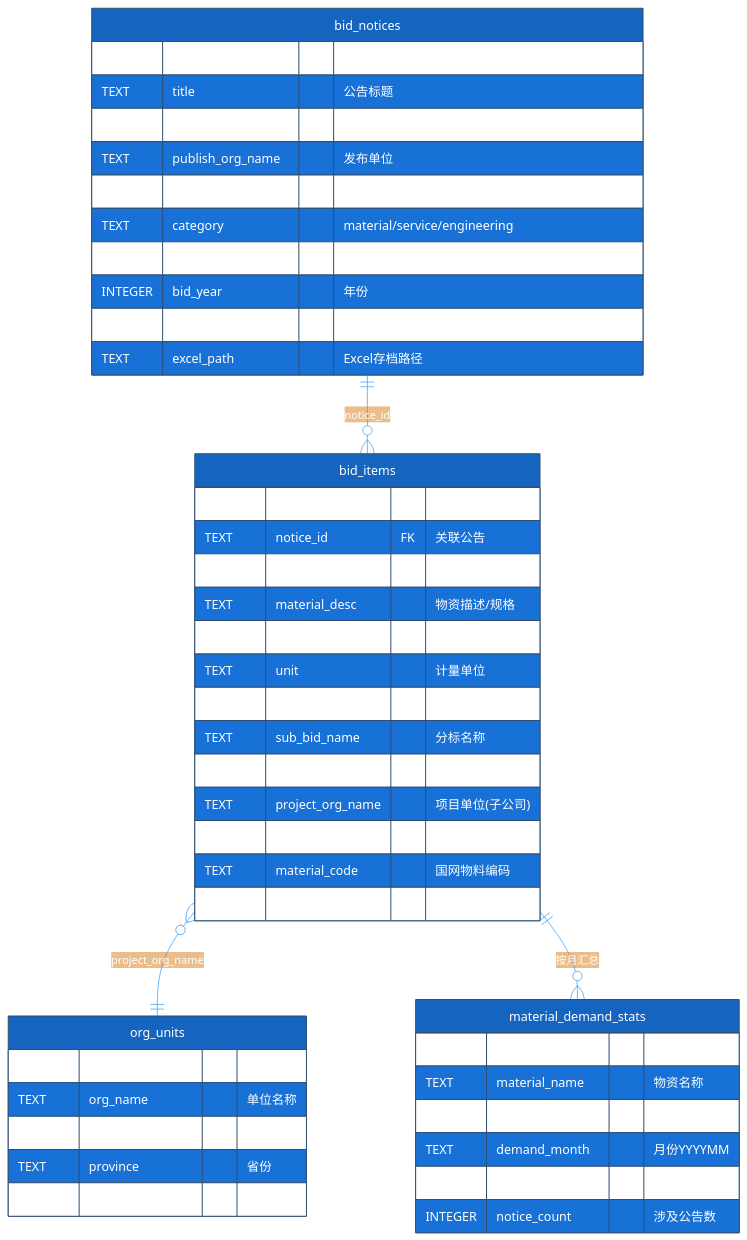
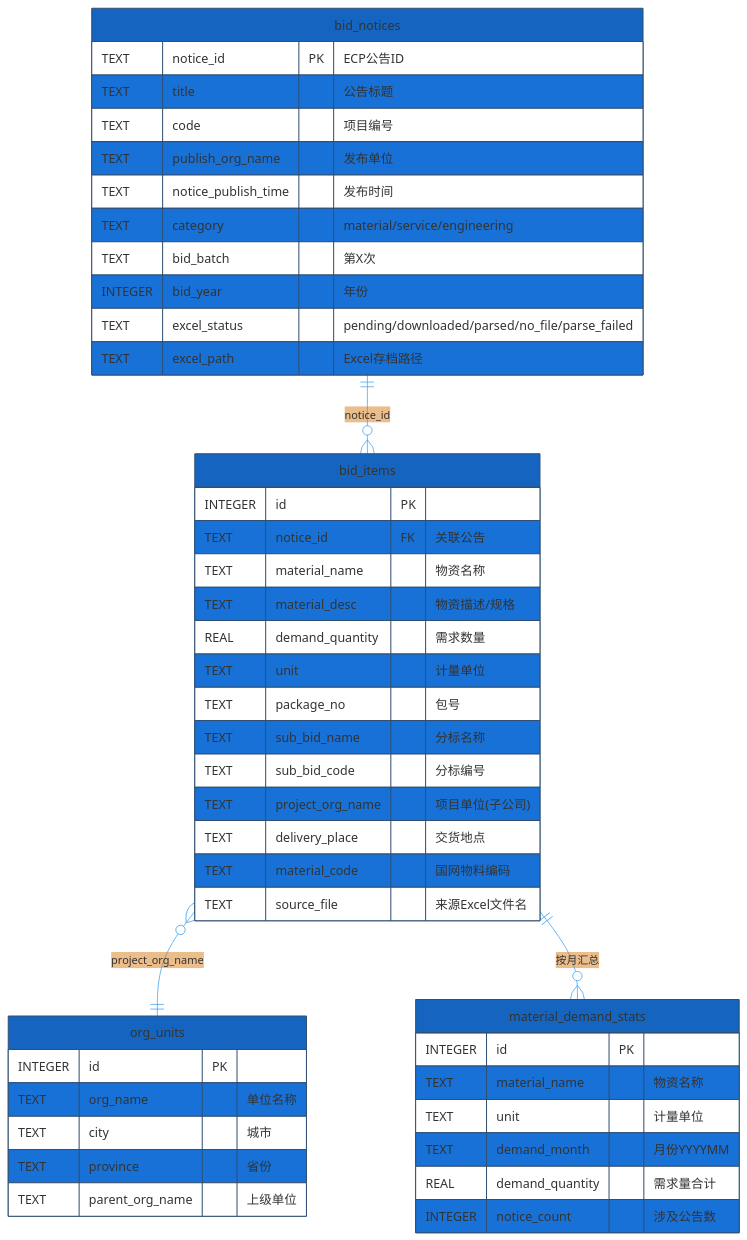
The fifth of 6 diagrams in README.md (lilacseeking/bidding-ecp-data), drawn with Mermaid before and after one commit. The commit also changed other lines of this file, not shown here.

First line of the commit message:
fix: 移除mermaid init中primaryTextColor白字, 保留深色节点style白字

````diff
--- a/README.md
+++ b/README.md
@@ -243,53 +243,53 @@
 ```mermaid
-%%{init: {'theme': 'base', 'themeVariables': { 'primaryColor': '#1565C0', 'primaryTextColor': '#fff', 'lineColor': '#42A5F5'}}}%%
+%%{init: {'theme': 'base', 'themeVariables': { 'primaryColor': '#1565C0', 'lineColor': '#42A5F5'}}}%%
 erDiagram
     bid_notices ||--o{ bid_items : "notice_id"
     bid_items }o--|| org_units : "project_org_name"
     bid_items ||--o{ material_demand_stats : "按月汇总"
 
     bid_notices {
         TEXT notice_id PK "ECP公告ID"
         TEXT title "公告标题"
         TEXT code "项目编号"
         TEXT publish_org_name "发布单位"
         TEXT notice_publish_time "发布时间"
         TEXT category "material/service/engineering"
         TEXT bid_batch "第X次"
         INTEGER bid_year "年份"
         TEXT excel_status "pending/downloaded/parsed/no_file/parse_failed"
         TEXT excel_path "Excel存档路径"
     }
 
     bid_items {
         INTEGER id PK
         TEXT notice_id FK "关联公告"
         TEXT material_name "物资名称"
         TEXT material_desc "物资描述/规格"
         REAL demand_quantity "需求数量"
         TEXT unit "计量单位"
         TEXT package_no "包号"
         TEXT sub_bid_name "分标名称"
         TEXT sub_bid_code "分标编号"
         TEXT project_org_name "项目单位(子公司)"
         TEXT delivery_place "交货地点"
         TEXT material_code "国网物料编码"
         TEXT source_file "来源Excel文件名"
     }
 
     org_units {
         INTEGER id PK
         TEXT org_name "单位名称"
         TEXT city "城市"
         TEXT province "省份"
         TEXT parent_org_name "上级单位"
     }
 
     material_demand_stats {
         INTEGER id PK
         TEXT material_name "物资名称"
         TEXT unit "计量单位"
         TEXT demand_month "月份YYYYMM"
         REAL demand_quantity "需求量合计"
         INTEGER notice_count "涉及公告数"
     }
 ```
````
